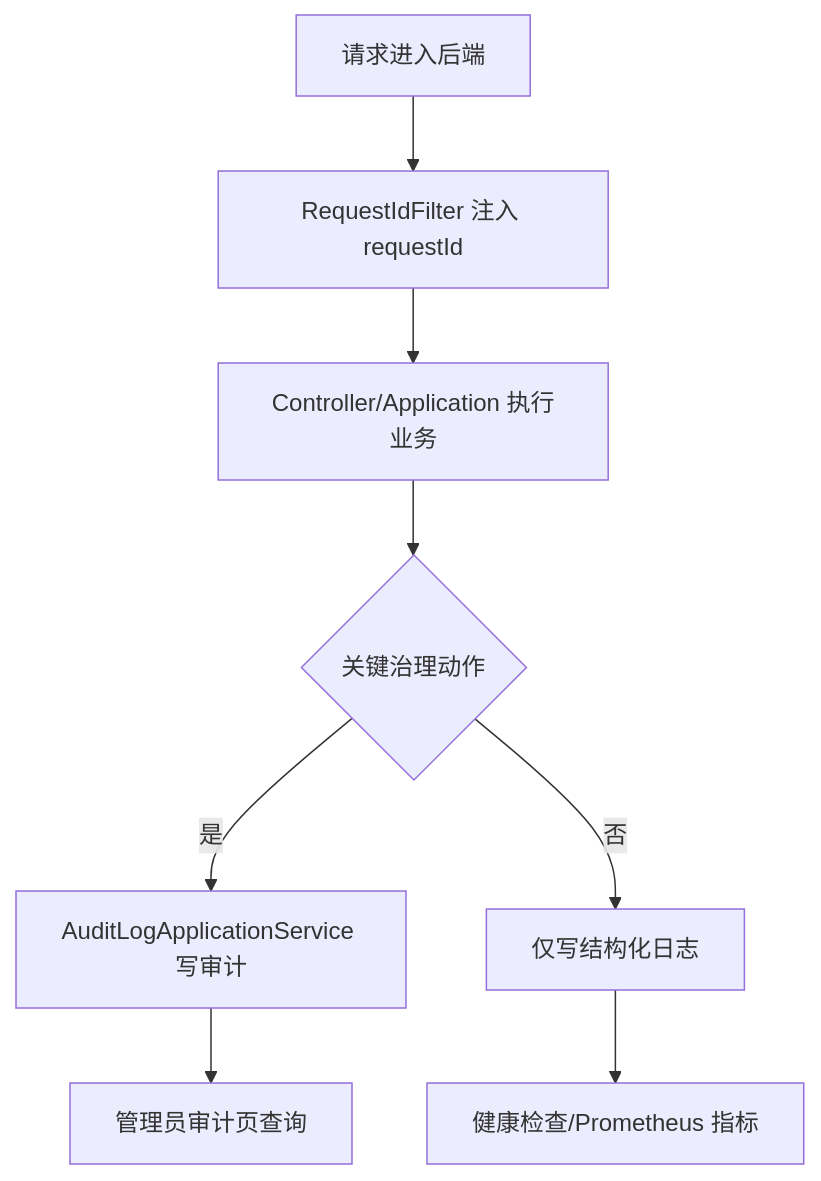
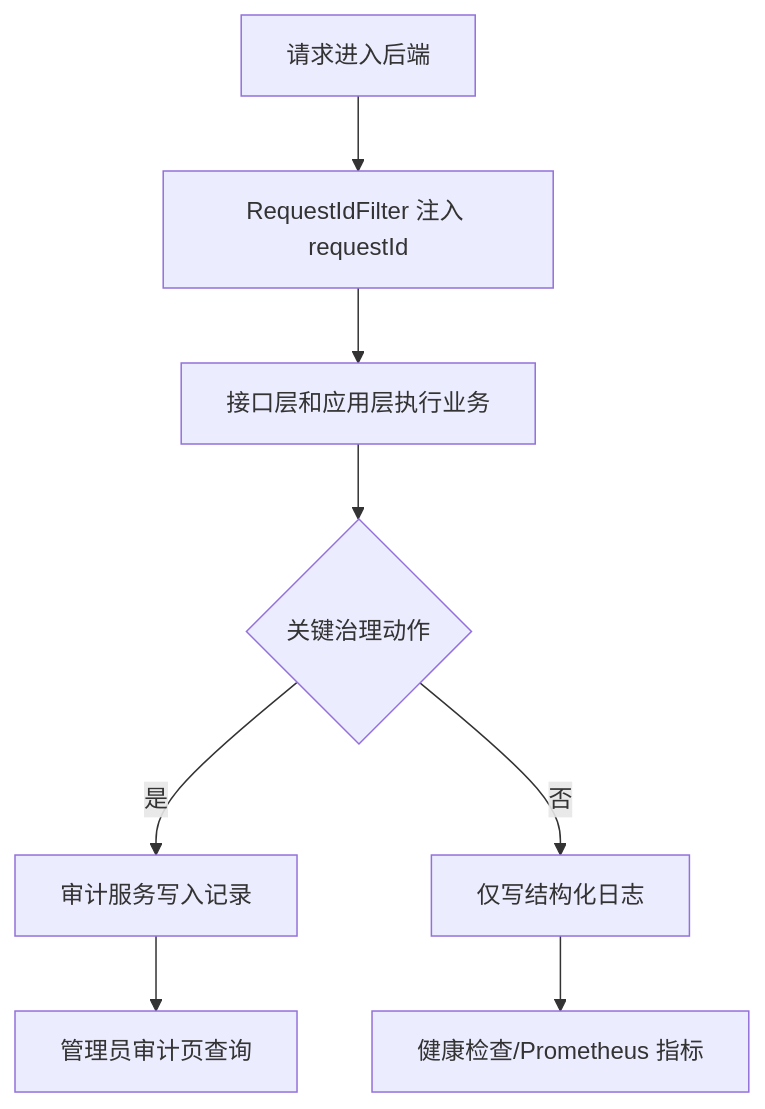
Diagram 21 of 36 in 02-process-docs/detailed-design.md (BUAA-SEProject/docs), drawn with Mermaid before and after one commit. The commit also changed other lines of this file and 6 other files, not shown here.

````diff
--- a/02-process-docs/detailed-design.md
+++ b/02-process-docs/detailed-design.md
@@ -473,10 +480,10 @@
 ```mermaid
 flowchart TD
   A["请求进入后端"] --> B["RequestIdFilter 注入 requestId"]
-  B --> C["Controller/Application 执行业务"]
+  B --> C["接口层和应用层执行业务"]
   C --> D{"关键治理动作"}
-  D -- 是 --> E["AuditLogApplicationService 写审计"]
+  D -- 是 --> E["审计服务写入记录"]
   D -- 否 --> F["仅写结构化日志"]
   E --> G["管理员审计页查询"]
   F --> H["健康检查/Prometheus 指标"]
 ```
````
